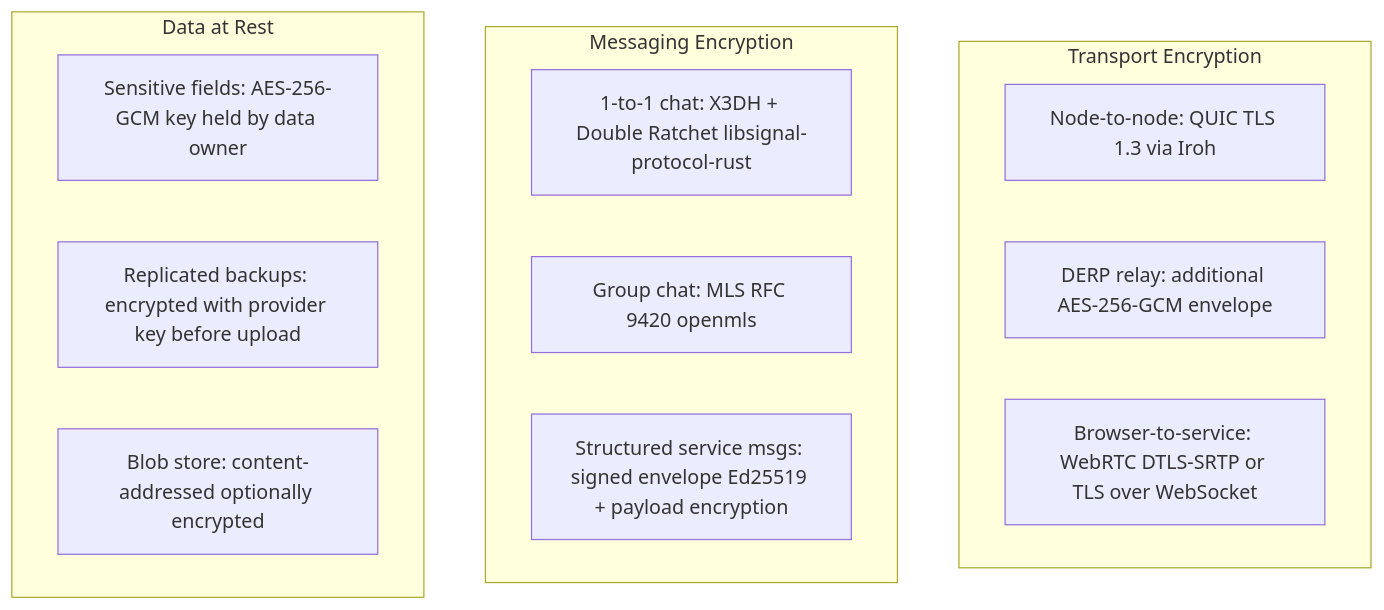
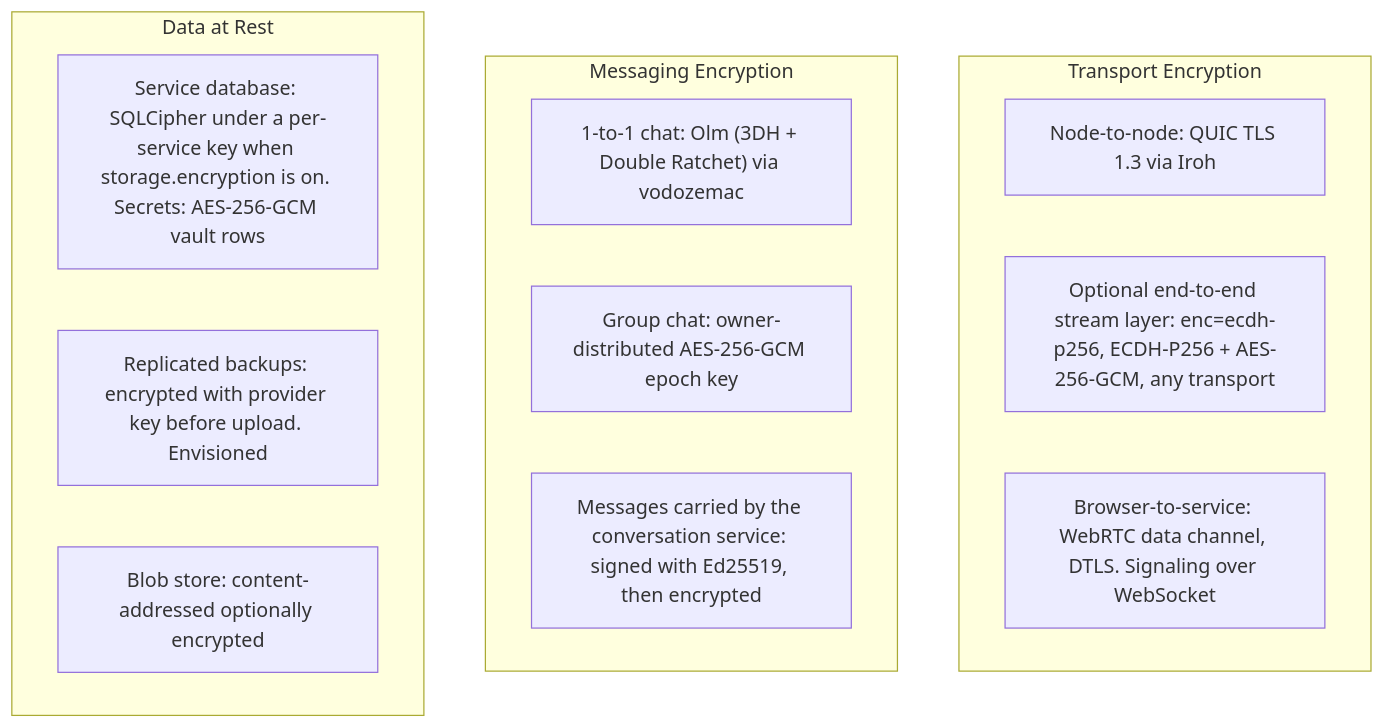
Before and after one commit to syneroym/syneroym: diagram 22 of 23 in docs/system-architecture.md, drawn with Mermaid. The commit also changed other lines of this file and 15 other files, not shown here.

First line of the commit message:
docs(architecture): apply audit fixes (#293)

````diff
--- a/docs/system-architecture.md
+++ b/docs/system-architecture.md
@@ -1111,20 +1545,20 @@
 ```mermaid
 flowchart TD
     subgraph TRANSPORT["Transport Encryption"]
         T1[Node-to-node: QUIC TLS 1.3 via Iroh]
-        T2[DERP relay: additional AES-256-GCM envelope]
-        T3[Browser-to-service: WebRTC DTLS-SRTP or TLS over WebSocket]
+        T2[Optional end-to-end stream layer: enc=ecdh-p256, ECDH-P256 + AES-256-GCM, any transport]
+        T3[Browser-to-service: WebRTC data channel, DTLS. Signaling over WebSocket]
     end
 
     subgraph MESSAGING_ENC["Messaging Encryption"]
-        M1[1-to-1 chat: X3DH + Double Ratchet libsignal-protocol-rust]
-        M2[Group chat: MLS RFC 9420 openmls]
-        M3[Structured service msgs: signed envelope Ed25519 + payload encryption]
+        M1["1-to-1 chat: Olm (3DH + Double Ratchet) via vodozemac"]
+        M2[Group chat: owner-distributed AES-256-GCM epoch key]
+        M3[Messages carried by the conversation service: signed with Ed25519, then encrypted]
     end
 
     subgraph AT_REST["Data at Rest"]
-        R1[Sensitive fields: AES-256-GCM key held by data owner]
-        R2[Replicated backups: encrypted with provider key before upload]
+        R1[Service database: SQLCipher under a per-service key when storage.encryption is on. Secrets: AES-256-GCM vault rows]
+        R2[Replicated backups: encrypted with provider key before upload. Envisioned]
         R3[Blob store: content-addressed optionally encrypted]
     end
 ```
````
